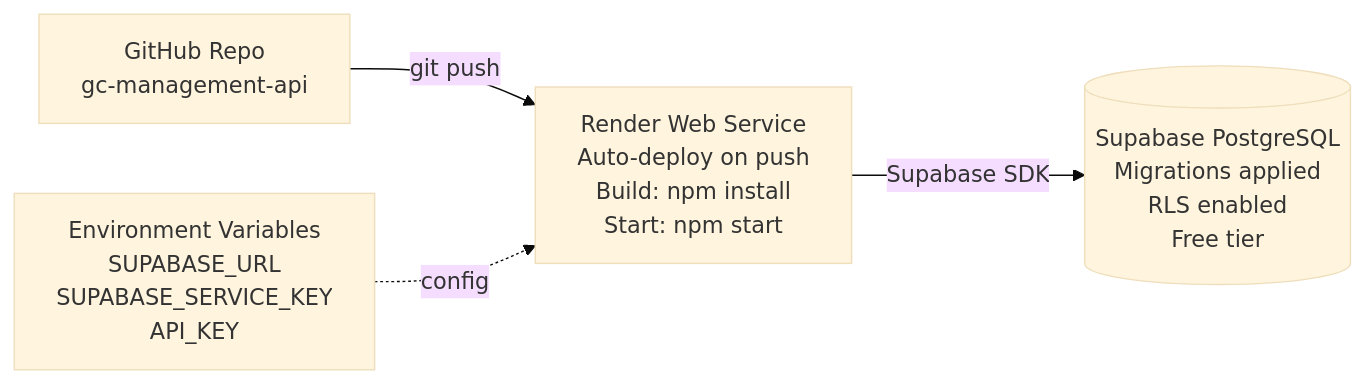
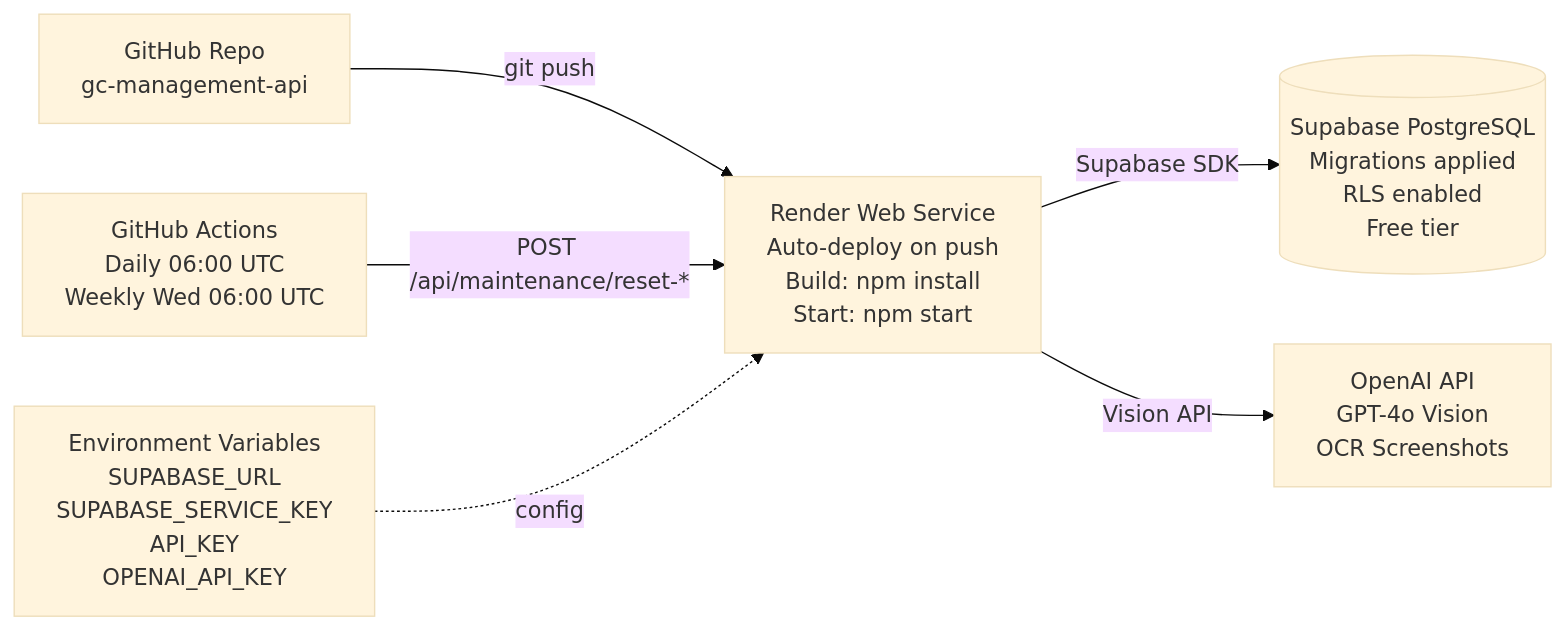
Before and after one commit to g-soldera/gc-management-api: the eighth of 8 diagrams in ARCHITECTURE.md, drawn with Mermaid (base theme). The commit also changed other lines of this file and 1 other file, not shown here.

First line of the commit message:
docs: update README and ARCHITECTURE for v1.2.0

````diff
--- a/ARCHITECTURE.md
+++ b/ARCHITECTURE.md
@@ -335,14 +384,19 @@
 ```mermaid
 graph LR
     GitHub[GitHub Repo<br/>gc-management-api]
+    Actions[GitHub Actions<br/>Daily 06:00 UTC<br/>Weekly Wed 06:00 UTC]
     
     Render[Render Web Service<br/>Auto-deploy on push<br/>Build: npm install<br/>Start: npm start]
     
     Supabase[(Supabase PostgreSQL<br/>Migrations applied<br/>RLS enabled<br/>Free tier)]
     
-    Env[Environment Variables<br/>SUPABASE_URL<br/>SUPABASE_SERVICE_KEY<br/>API_KEY]
+    OpenAI[OpenAI API<br/>GPT-4o Vision<br/>OCR Screenshots]
+    
+    Env[Environment Variables<br/>SUPABASE_URL<br/>SUPABASE_SERVICE_KEY<br/>API_KEY<br/>OPENAI_API_KEY]
     
     GitHub -->|git push| Render
+    Actions -->|POST /api/maintenance/reset-*| Render
     Env -.->|config| Render
     Render -->|Supabase SDK| Supabase
+    Render -->|Vision API| OpenAI
 ```
````
